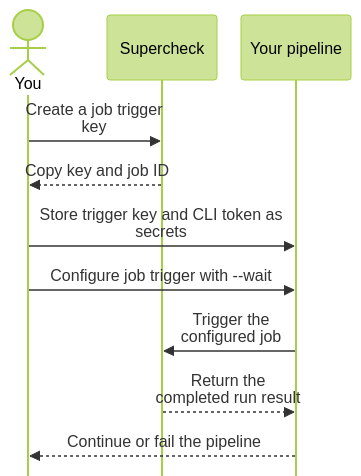
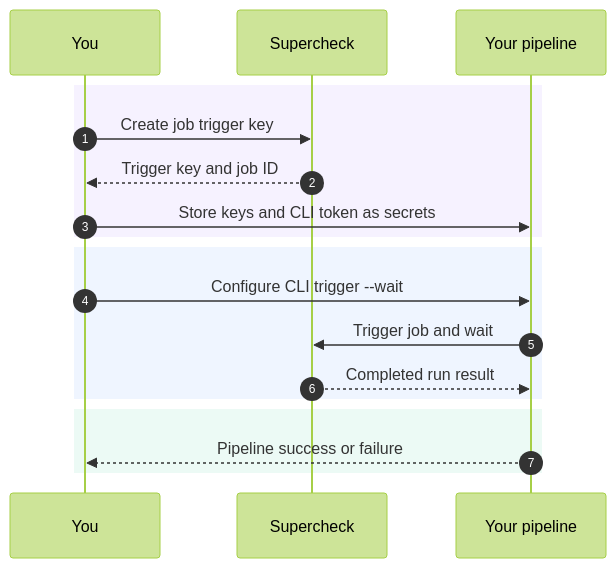
The diagram in docs/content/docs/app/automate/jobs.mdx (supercheck-io/supercheck), drawn with Mermaid (forest theme) before and after one commit. The commit also changed other lines of this file and 34 other files, not shown here.

Commit message:
docs: restore architecture and polish user workflows (#337)

````diff
--- a/docs/content/docs/app/automate/jobs.mdx
+++ b/docs/content/docs/app/automate/jobs.mdx
@@ -120,15 +120,23 @@
 ```mermaid
-%%{init: {"sequence": {"mirrorActors": false, "actorMargin": 24, "width": 110, "height": 65, "wrap": true}}}%%
 sequenceDiagram
-    actor You
-    participant Dashboard as Supercheck
-    participant CI as Your pipeline
+    accTitle: CI pipeline trigger
+    accDescr: Authorize a pipeline, trigger a job, and wait for its result.
+    autonumber
+    participant You as You
+    participant App as Supercheck
+    participant Environment as Your pipeline
 
-    You->>Dashboard: Create a job trigger key
-    Dashboard-->>You: Copy key and job ID
-    You->>CI: Store trigger key and CLI token as secrets
-    You->>CI: Configure job trigger with --wait
-    CI->>Dashboard: Trigger the configured job
-    Dashboard-->>CI: Return the completed run result
-    CI-->>You: Continue or fail the pipeline
+    rect rgba(139, 92, 246, 0.08)
+        You->>App: Create job trigger key
+        App-->>You: Trigger key and job ID
+        You->>Environment: Store keys and CLI token as secrets
+    end
+    rect rgba(59, 130, 246, 0.08)
+        You->>Environment: Configure CLI trigger --wait
+        Environment->>App: Trigger job and wait
+        App-->>Environment: Completed run result
+    end
+    rect rgba(16, 185, 129, 0.08)
+        Environment-->>You: Pipeline success or failure
+    end
 ```
````
